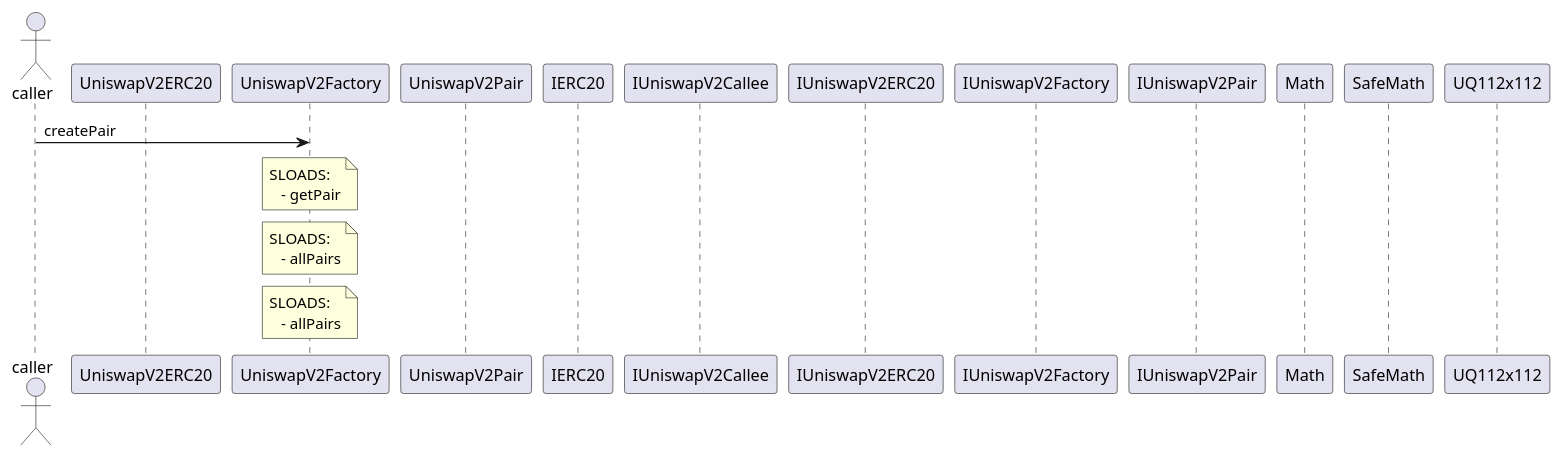
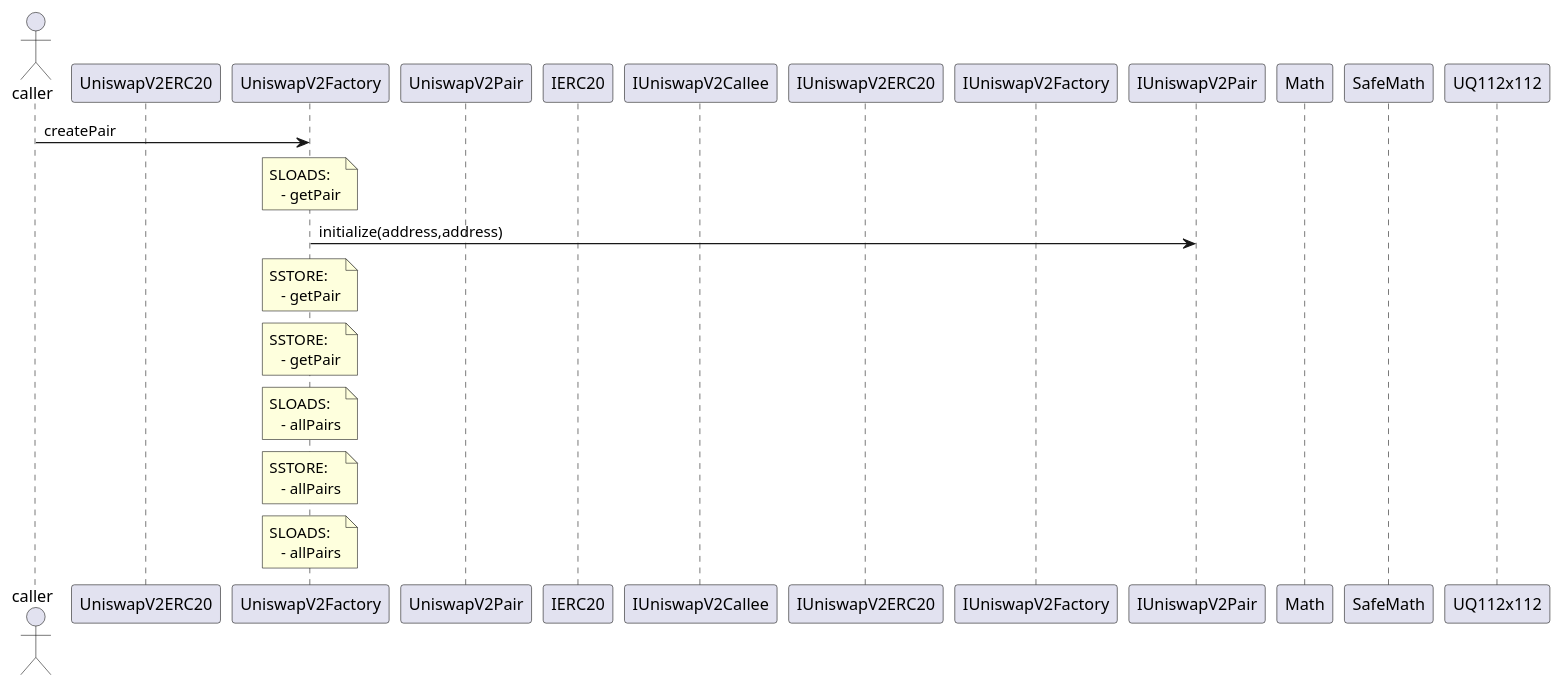
The diagram in examples/printers/univ2/contracts/UniswapV2Factory.sol-UniswapV2FactorycreatePairaddressaddress.puml (NoahMarconi/ethwaterloo-2023), drawn with PlantUML before and after one commit. The commit also changed 2 other files, not shown here.

```diff
--- a/examples/printers/univ2/contracts/UniswapV2Factory.sol-UniswapV2FactorycreatePairaddressaddress.puml
+++ b/examples/printers/univ2/contracts/UniswapV2Factory.sol-UniswapV2FactorycreatePairaddressaddress.puml
@@ -1,18 +1,22 @@
 @startuml
  actor caller 
  participant UniswapV2ERC20 
  participant UniswapV2Factory 
  participant UniswapV2Pair 
  participant IERC20 
  participant IUniswapV2Callee 
  participant IUniswapV2ERC20 
  participant IUniswapV2Factory 
  participant IUniswapV2Pair 
  participant Math 
  participant SafeMath 
  participant UQ112x112 
   caller -> UniswapV2Factory: createPair 
  note over UniswapV2Factory: SLOADS: \n   - getPair 
+ UniswapV2Factory -> IUniswapV2Pair: initialize(address,address) 
+ note over UniswapV2Factory: SSTORE: \n   - getPair 
+ note over UniswapV2Factory: SSTORE: \n   - getPair 
  note over UniswapV2Factory: SLOADS: \n   - allPairs 
+ note over UniswapV2Factory: SSTORE: \n   - allPairs 
  note over UniswapV2Factory: SLOADS: \n   - allPairs 
 @enduml
```
